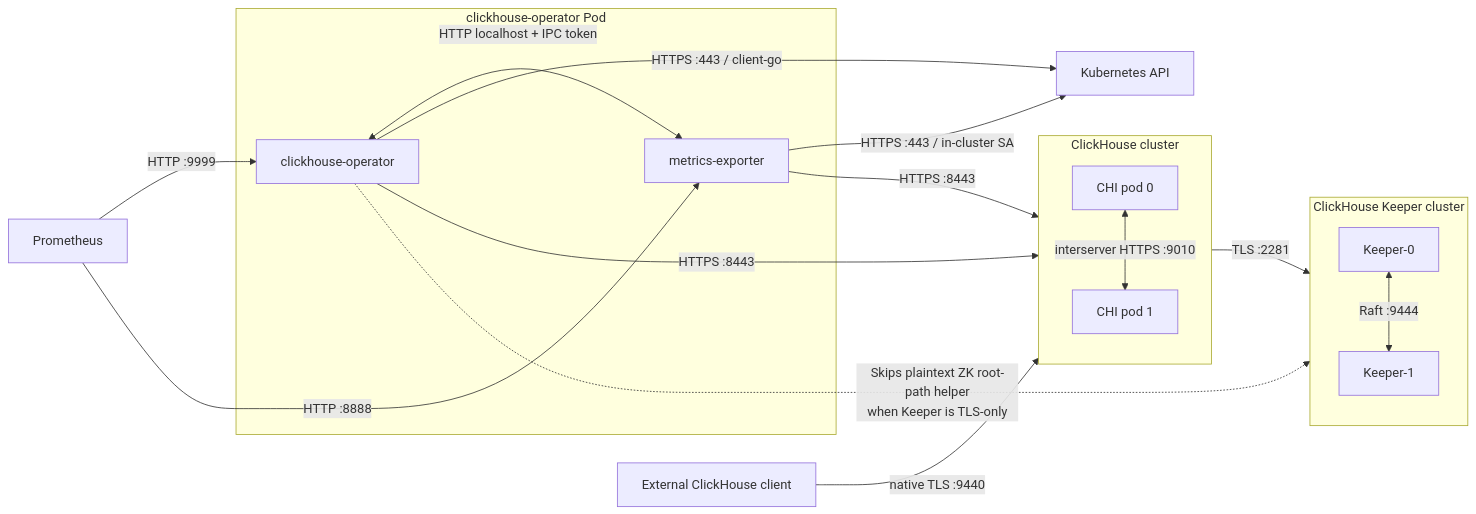
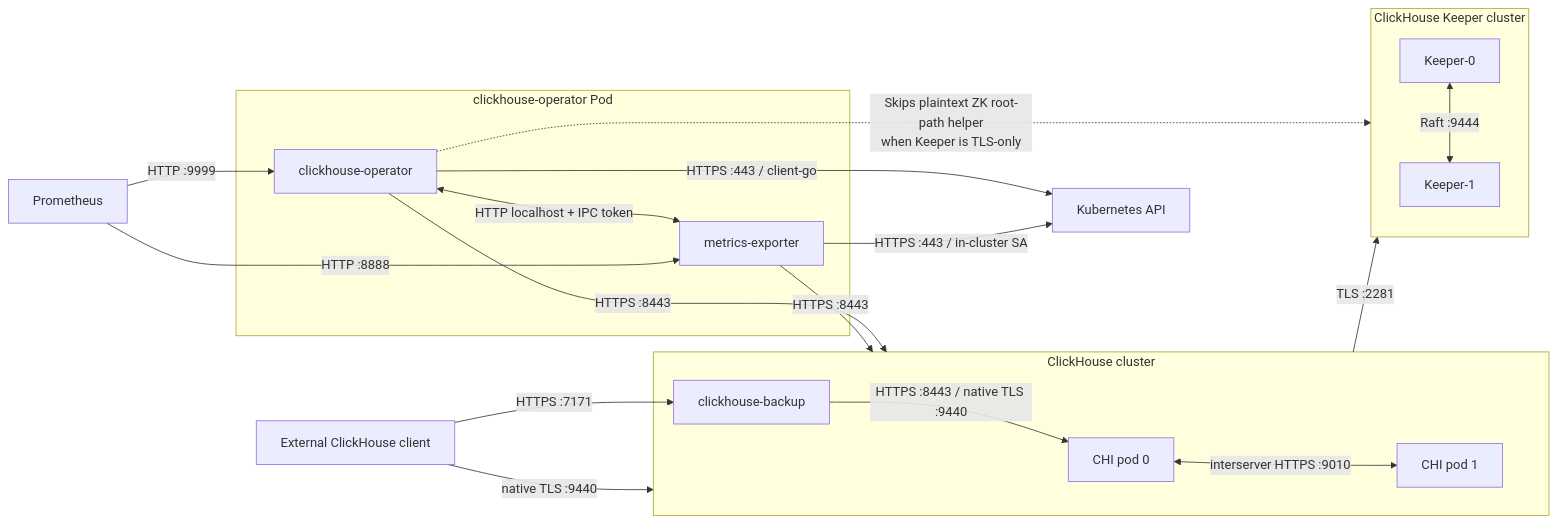
Before and after one commit to Elmo33/clickhouse-operator: the diagram in tests/requirements/fips_test_plan.md, drawn with Mermaid. The commit also changed other lines of this file, not shown here.

````diff
--- a/tests/requirements/fips_test_plan.md
+++ b/tests/requirements/fips_test_plan.md
@@ -44,48 +46,52 @@
 ```mermaid
 flowchart LR
 
     subgraph operator_pod["clickhouse-operator Pod"]
         op["clickhouse-operator"]
         me["metrics-exporter"]
 
         op <-->|"HTTP localhost + IPC token"| me
     end
 
     k8s["Kubernetes API"]
     prom["Prometheus"]
     ext["External ClickHouse client"]
 
     subgraph ch_cluster["ClickHouse cluster"]
         ch0["CHI pod 0"]
         ch1["CHI pod 1"]
+        backup["clickhouse-backup"]
 
         ch0 <-->|"interserver HTTPS :9010"| ch1
+
+        backup -->|"HTTPS :8443 / native TLS :9440"| ch0
     end
 
     subgraph keeper["ClickHouse Keeper cluster"]
         k0["Keeper-0"]
         k1["Keeper-1"]
 
         k0 <-->|"Raft :9444"| k1
     end
 
     %% Kubernetes
     op -->|"HTTPS :443 / client-go"| k8s
     me -->|"HTTPS :443 / in-cluster SA"| k8s
 
     %% ClickHouse cluster
     op -->|"HTTPS :8443"| ch_cluster
     me -->|"HTTPS :8443"| ch_cluster
 
     %% External access
     ext -->|"native TLS :9440"| ch_cluster
+    ext -->|"HTTPS :7171"| backup
 
     %% Keeper
     ch_cluster -->|"TLS :2281"| keeper
 
     op -.->|"Skips plaintext ZK root-path helper\nwhen Keeper is TLS-only"| keeper
 
     %% Monitoring
     prom -->|"HTTP :9999"| op
     prom -->|"HTTP :8888"| me
 ```
````
